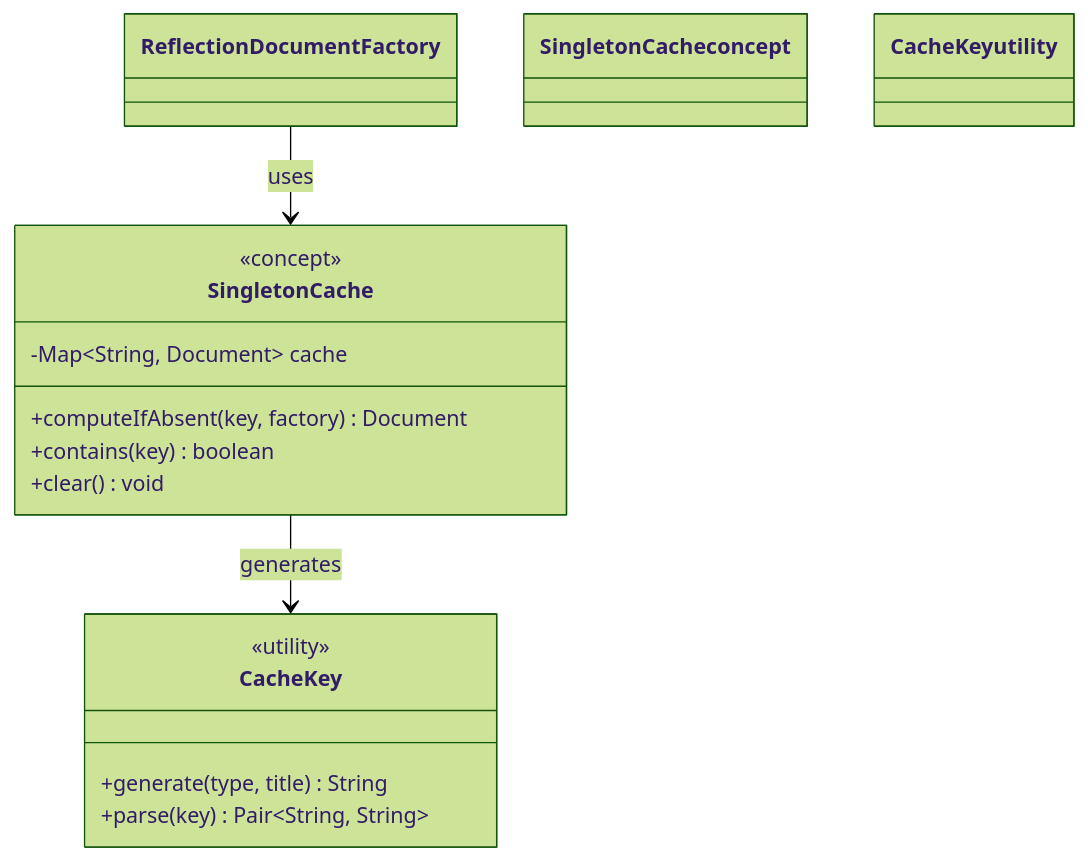
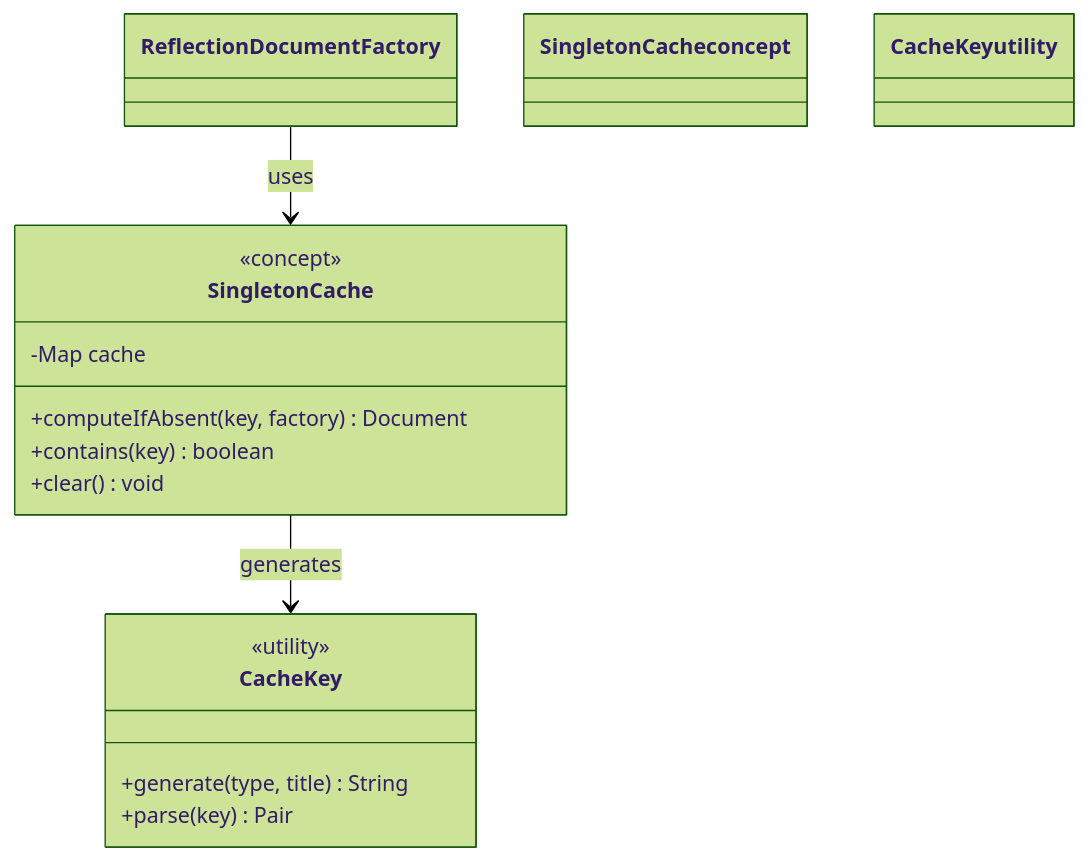
The third of 4 diagrams in factory-method-pattern/docs/uml/reflection-based-factory-class-diagram.md (0-1-Developer/0-1-low-level-design), drawn with Mermaid (forest theme) before and after one commit. The commit also changed other lines of this file and 3 other files, not shown here.

First line of the commit message:
Fix broken Mermaid syntax in Factory Method Pattern UML diagrams

````diff
--- a/factory-method-pattern/docs/uml/reflection-based-factory-class-diagram.md
+++ b/factory-method-pattern/docs/uml/reflection-based-factory-class-diagram.md
@@ -229,25 +229,25 @@
 ```mermaid
 classDiagram
     class SingletonCache {
         <<concept>>
-        -Map~String, Document~ cache
+        -Map<String, Document> cache
         +computeIfAbsent(key, factory) Document
         +contains(key) boolean
         +clear() void
     }
     
     class CacheKey {
         <<utility>>
         +generate(type, title) String
-        +parse(key) Pair~String, String~
+        +parse(key) Pair<String, String>
     }
     
     ReflectionDocumentFactory --> SingletonCache : uses
     SingletonCache --> CacheKey : generates
     
     classDef concept fill:#f0f0f0,stroke:#666666,stroke-width:2px
     classDef utility fill:#e6e6ff,stroke:#0000ff,stroke-width:2px
     
     class SingletonCache concept  
     class CacheKey utility
 ```
````
